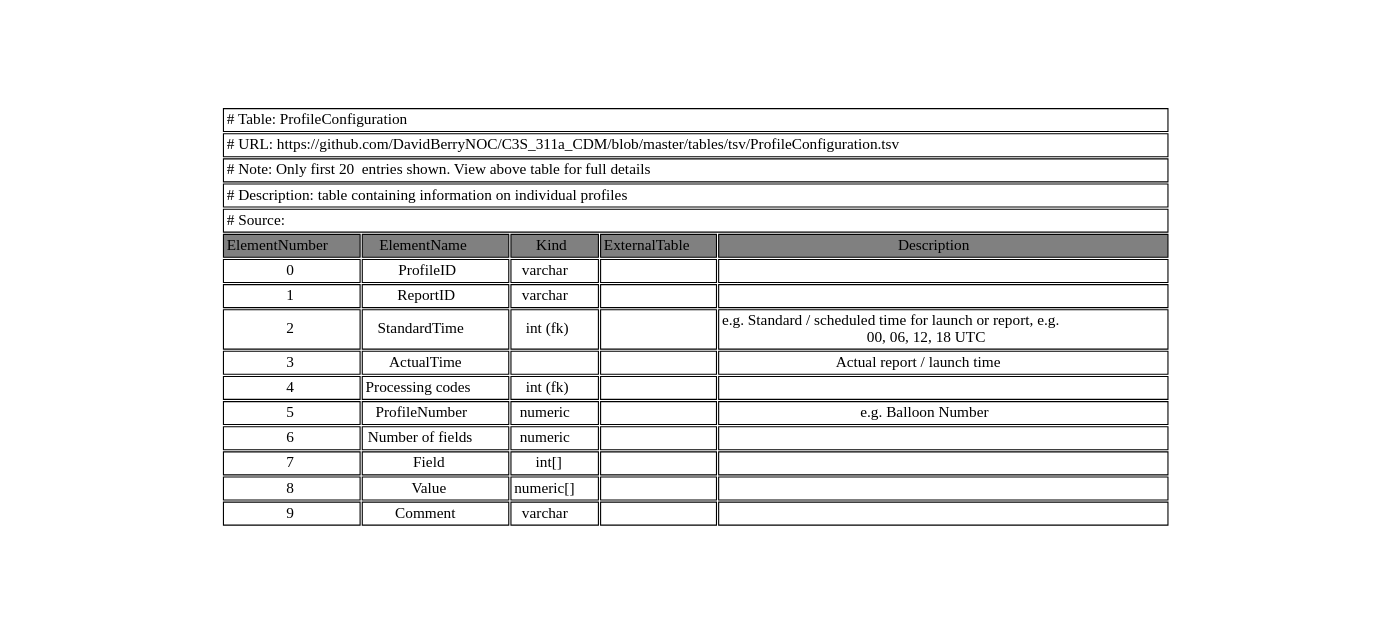
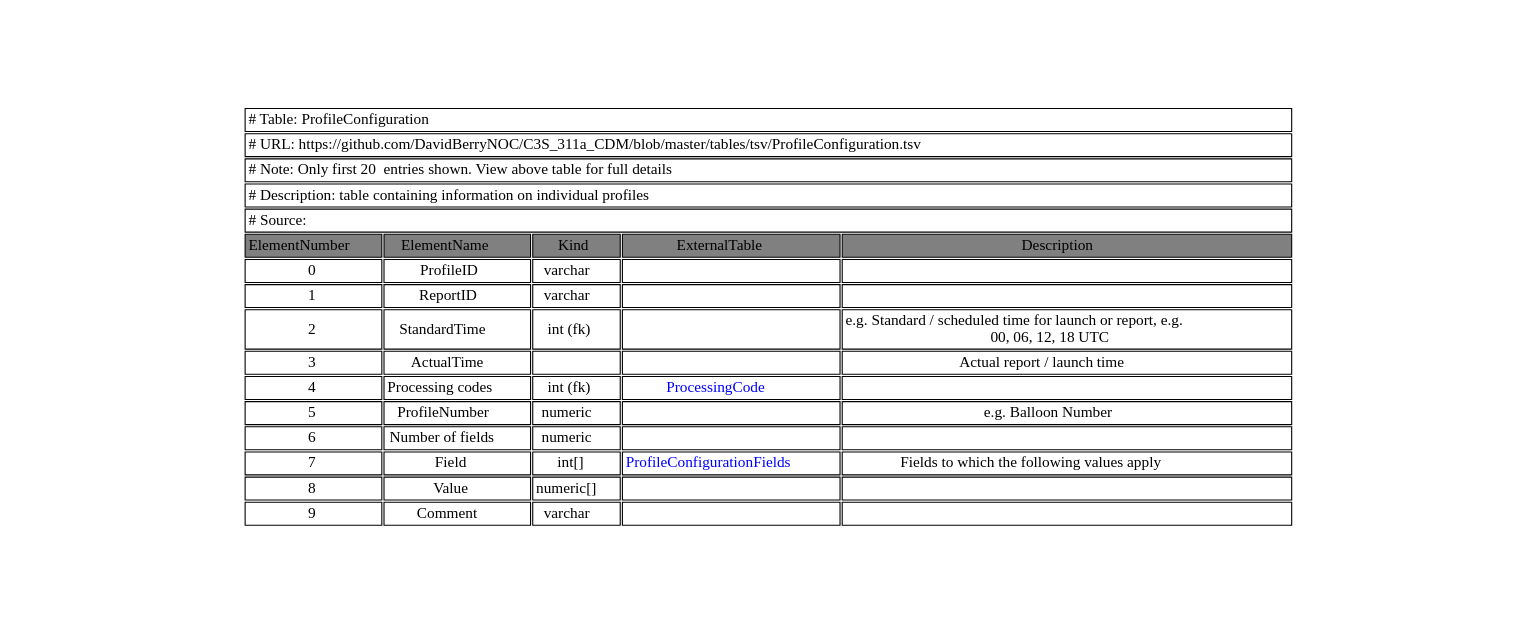
The diagram in tables/gv/ProfileConfiguration.gv (glamod/common_data_model), drawn with Graphviz before and after one commit. The commit also changed 73 other files, not shown here.

Commit message:
CDM diagram implified to exclude decode tables

```diff
--- a/tables/gv/ProfileConfiguration.gv
+++ b/tables/gv/ProfileConfiguration.gv
@@ -1,21 +1,21 @@
 digraph ProfileConfiguration {
 node [color=white]
 ProfileConfiguration [label=<<TABLE BORDER="0" CELLBORDER="1" CELLSPACING="2" COLOR="BLACK">
 <TR><TD COLSPAN="5" ALIGN="left" PORT="head"># Table: ProfileConfiguration</TD></TR>
 <TR><TD COLSPAN="5" ALIGN="left"># URL: https://github.com/DavidBerryNOC/C3S_311a_CDM/blob/master/tables/tsv/ProfileConfiguration.tsv</TD></TR>
 <TR><TD COLSPAN="5" ALIGN="left"># Note: Only first 20  entries shown. View above table for full details</TD></TR>
 <TR><TD ALIGN="left" COLSPAN="5"># Description: table containing information on individual profiles</TD></TR>
 <TR><TD ALIGN="left" COLSPAN="5"># Source:</TD></TR>
 <TR><TD BGCOLOR="GRAY">ElementNumber</TD><TD BGCOLOR="GRAY">ElementName</TD><TD BGCOLOR="GRAY">Kind</TD><TD BGCOLOR="GRAY">ExternalTable</TD><TD BGCOLOR="GRAY">Description</TD></TR>
 <TR><TD PORT="ProfileIDL">0</TD><TD>ProfileID </TD><TD>varchar </TD><TD></TD><TD PORT="ProfileIDR"></TD></TR>
 <TR><TD PORT="ReportIDL">1</TD><TD>ReportID </TD><TD>varchar </TD><TD></TD><TD PORT="ReportIDR"></TD></TR>
 <TR><TD PORT="StandardTimeL">2</TD><TD>StandardTime </TD><TD>int (fk) </TD><TD></TD><TD PORT="StandardTimeR">e.g. Standard / scheduled time for launch or report, e.g. <BR/>00, 06, 12, 18 UTC </TD></TR>
 <TR><TD PORT="ActualTimeL">3</TD><TD>ActualTime </TD><TD></TD><TD></TD><TD PORT="ActualTimeR">Actual report / launch time </TD></TR>
-<TR><TD PORT="Processing codesL">4</TD><TD>Processing codes </TD><TD>int (fk) </TD><TD></TD><TD PORT="Processing codesR"></TD></TR>
+<TR><TD PORT="Processing codesL">4</TD><TD>Processing codes </TD><TD>int (fk) </TD><TD HREF="https://github.com/DavidBerryNOC/C3S_311a_CDM/blob/master/tables/tsv/ProcessingCode.tsv"><FONT color="blue">ProcessingCode </FONT></TD><TD PORT="Processing codesR"></TD></TR>
 <TR><TD PORT="ProfileNumberL">5</TD><TD>ProfileNumber </TD><TD>numeric </TD><TD></TD><TD PORT="ProfileNumberR">e.g. Balloon Number </TD></TR>
 <TR><TD PORT="Number of fieldsL">6</TD><TD>Number of fields </TD><TD>numeric </TD><TD></TD><TD PORT="Number of fieldsR"></TD></TR>
-<TR><TD PORT="FieldL">7</TD><TD>Field </TD><TD>int[] </TD><TD></TD><TD PORT="FieldR"></TD></TR>
+<TR><TD PORT="FieldL">7</TD><TD>Field </TD><TD>int[] </TD><TD HREF="https://github.com/DavidBerryNOC/C3S_311a_CDM/blob/master/tables/tsv/ProfileConfigurationFields.tsv"><FONT color="blue">ProfileConfigurationFields </FONT></TD><TD PORT="FieldR">Fields to which the following values apply </TD></TR>
 <TR><TD PORT="ValueL">8</TD><TD>Value </TD><TD>numeric[] </TD><TD></TD><TD PORT="ValueR"></TD></TR>
 <TR><TD PORT="CommentL">9</TD><TD>Comment </TD><TD>varchar </TD><TD></TD><TD PORT="CommentR"></TD></TR>
 </TABLE>>];
 }
```
